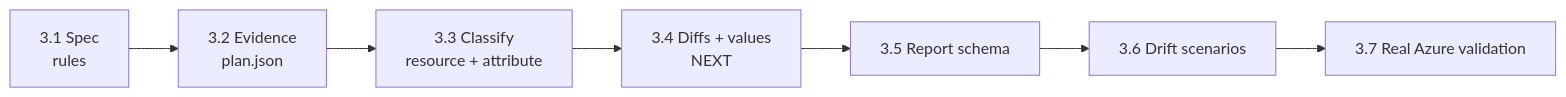
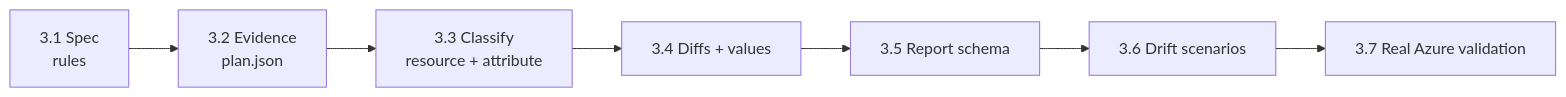
One commit to HarshAgarwal1102/ai-terraform-drift-detector changed the seventh of 11 diagrams in docs/MASTER_PROJECT_GUIDE.md. Above: the diagram before and after it, drawn with Mermaid. The commit also changed other lines of this file and 3 other files, not shown here.

````diff
--- a/docs/MASTER_PROJECT_GUIDE.md
+++ b/docs/MASTER_PROJECT_GUIDE.md
@@ -589,9 +617,9 @@
 ```mermaid
 flowchart LR
     T31["3.1 Spec<br/>rules"] --> T32["3.2 Evidence<br/>plan.json"]
     T32 --> T33["3.3 Classify<br/>resource + attribute"]
-    T33 --> T34["3.4 Diffs + values<br/>NEXT"]
+    T33 --> T34["3.4 Diffs + values"]
     T34 --> T35["3.5 Report schema"]
     T35 --> T36["3.6 Drift scenarios"]
     T36 --> T37["3.7 Real Azure validation"]
 ```
````
